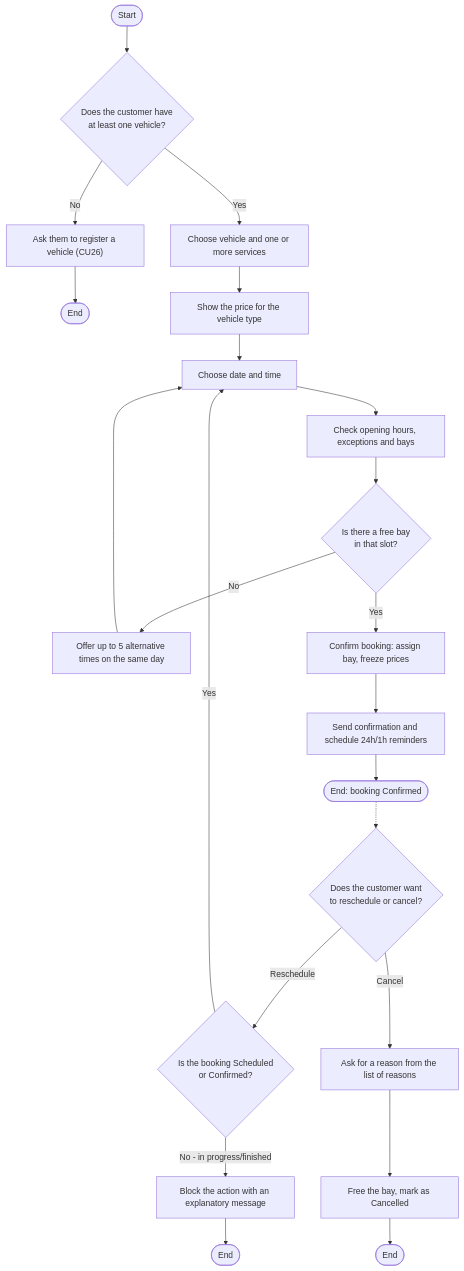
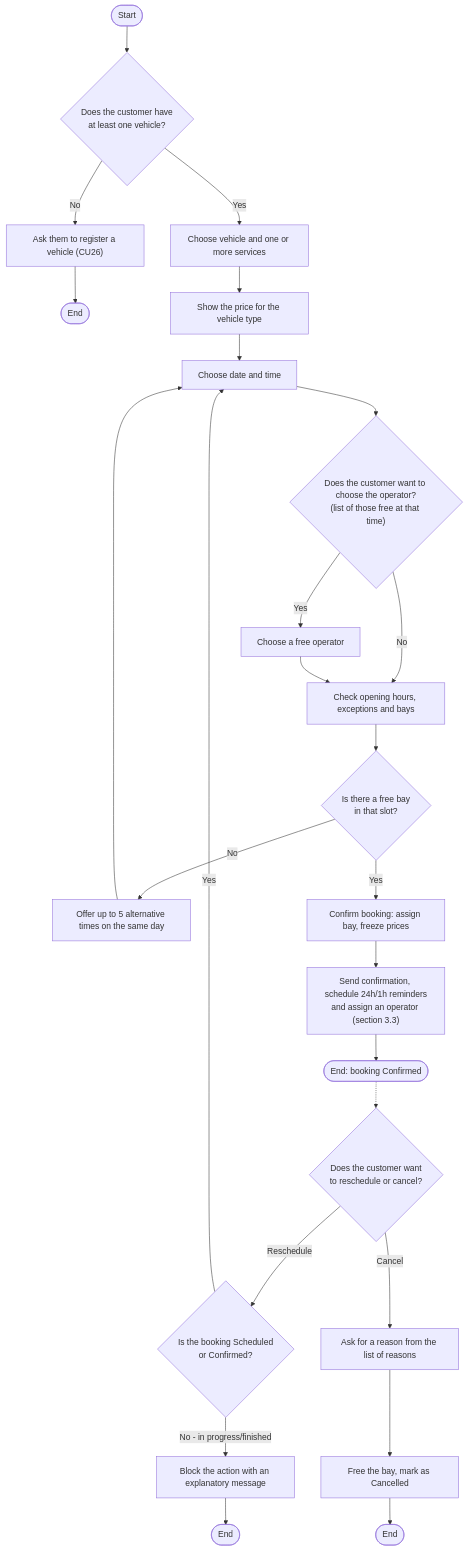
Before and after one commit to BrayanCABRERA123/lavarapido-docs: diagram 15 of 24 in 02-analisis-vistas-dinamicas/EN/dynamic-views-analysis.md, drawn with Mermaid. The commit also changed other lines of this file and 1 other file, not shown here.

````diff
--- a/02-analisis-vistas-dinamicas/EN/dynamic-views-analysis.md
+++ b/02-analisis-vistas-dinamicas/EN/dynamic-views-analysis.md
@@ -522,25 +625,28 @@
 ```mermaid
 flowchart TD
     start([Start]) --> veh{Does the customer have<br/>at least one vehicle?}
     veh -->|No| regveh["Ask them to register a vehicle (CU26)"]
     regveh --> stop0([End])
     veh -->|Yes| sel[Choose vehicle and one or more services]
     sel --> price[Show the price for the vehicle type]
     price --> date[Choose date and time]
-    date --> check[Check opening hours, exceptions and bays]
+    date --> op{"Does the customer want to choose the operator?<br/>(list of those free at that time)"}
+    op -->|Yes| pickop[Choose a free operator]
+    op -->|No| check[Check opening hours, exceptions and bays]
+    pickop --> check
     check --> avail{Is there a free bay<br/>in that slot?}
     avail -->|No| alt[Offer up to 5 alternative times on the same day]
     alt --> date
     avail -->|Yes| confirm[Confirm booking: assign bay, freeze prices]
-    confirm --> notif[Send confirmation and schedule 24h/1h reminders]
+    confirm --> notif["Send confirmation, schedule 24h/1h reminders<br/>and assign an operator (section 3.3)"]
     notif --> stop1([End: booking Confirmed])
 
     stop1 -.-> manage{Does the customer want<br/>to reschedule or cancel?}
     manage -->|Reschedule| state{Is the booking Scheduled<br/>or Confirmed?}
     state -->|No - in progress/finished| block[Block the action with an explanatory message]
     block --> stop2([End])
     state -->|Yes| date
     manage -->|Cancel| reason[Ask for a reason from the list of reasons]
     reason --> free[Free the bay, mark as Cancelled]
     free --> stop3([End])
 ```
````
